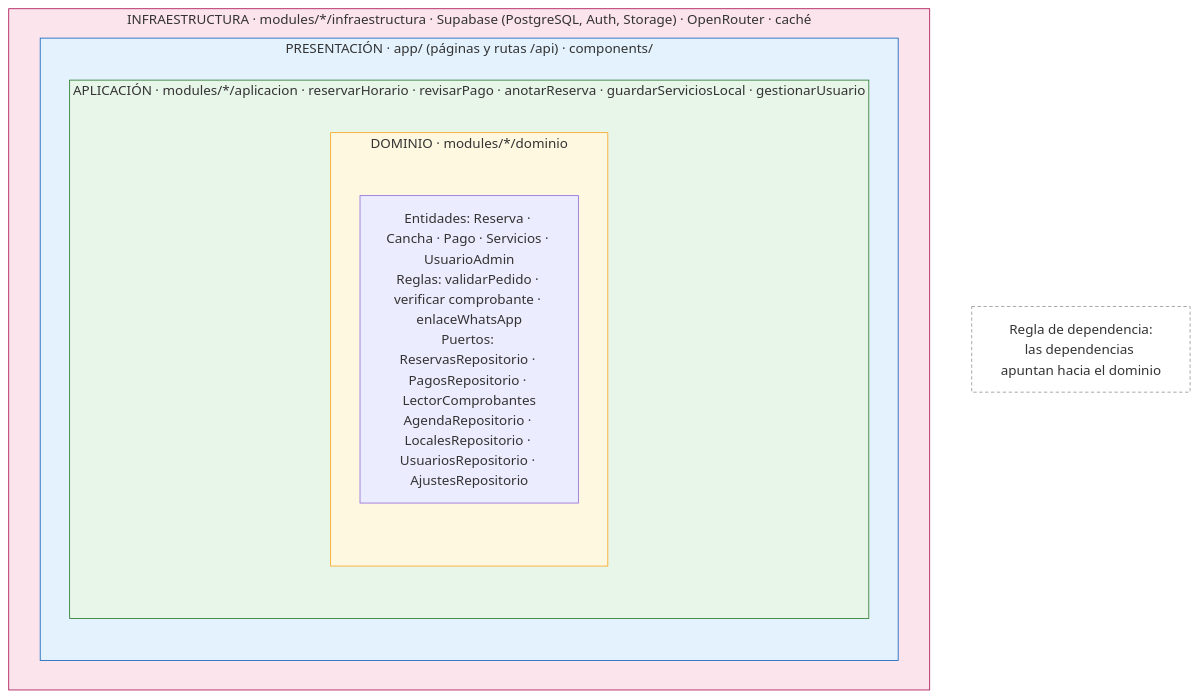
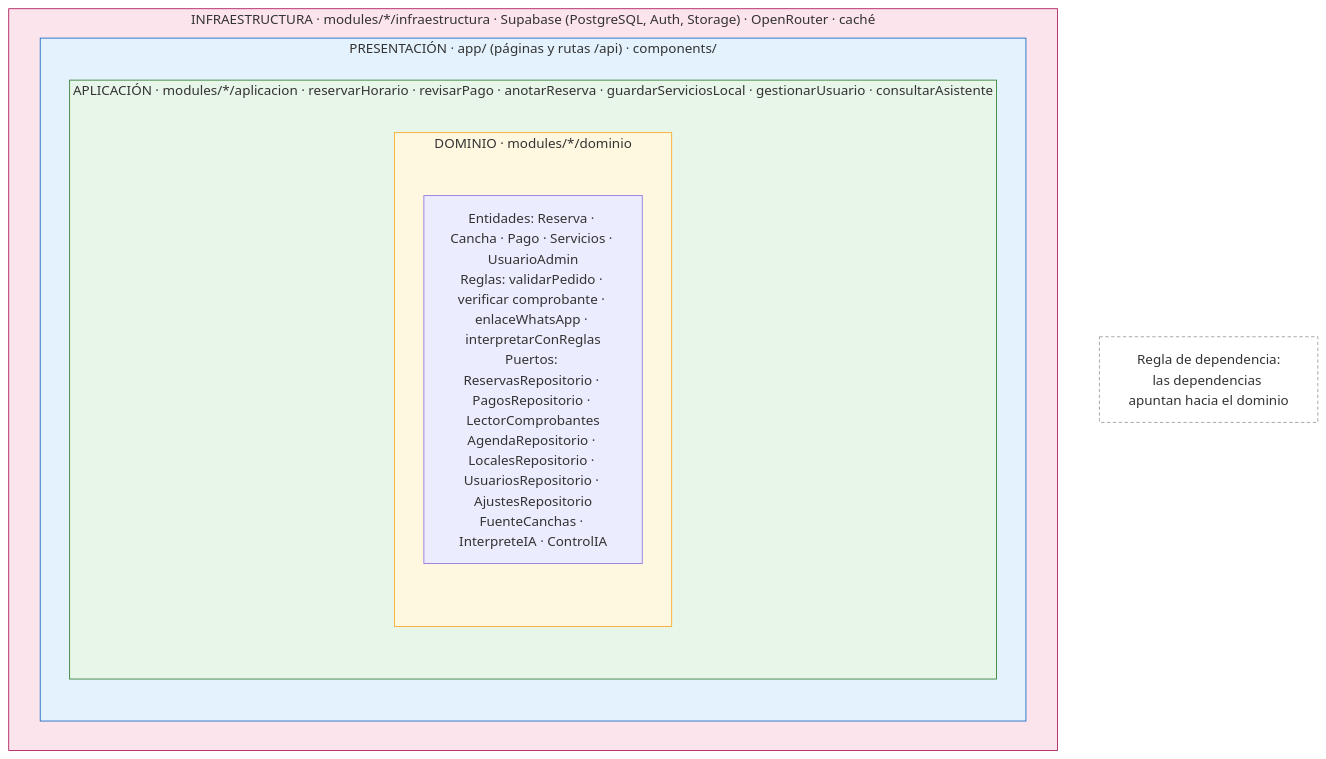
The diagram in img/fuentes-svg/ArquitecturalimpiadeReservaYaWeb.mmd (edhtsprado27-bit/ReservaYa-Ayacucho), drawn with Mermaid before and after one commit. The commit also changed 33 other files, not shown here.

Commit message:
docs: spec 013, ADR-015 y documentos y diagramas actualizados con el asistente

```diff
--- a/img/fuentes-svg/ArquitecturalimpiadeReservaYaWeb.mmd
+++ b/img/fuentes-svg/ArquitecturalimpiadeReservaYaWeb.mmd
@@ -1,17 +1,17 @@
 flowchart TB
     subgraph infra["INFRAESTRUCTURA · modules/*/infraestructura · Supabase (PostgreSQL, Auth, Storage) · OpenRouter · caché"]
         subgraph pres["PRESENTACIÓN · app/ (páginas y rutas /api) · components/"]
-            subgraph app["APLICACIÓN · modules/*/aplicacion · reservarHorario · revisarPago · anotarReserva · guardarServiciosLocal · gestionarUsuario"]
+            subgraph app["APLICACIÓN · modules/*/aplicacion · reservarHorario · revisarPago · anotarReserva · guardarServiciosLocal · gestionarUsuario · consultarAsistente"]
                 subgraph dom["DOMINIO · modules/*/dominio"]
-                    d["Entidades: Reserva · Cancha · Pago · Servicios · UsuarioAdmin<br/>Reglas: validarPedido · verificar comprobante · enlaceWhatsApp<br/>Puertos: ReservasRepositorio · PagosRepositorio · LectorComprobantes<br/>AgendaRepositorio · LocalesRepositorio · UsuariosRepositorio · AjustesRepositorio"]
+                    d["Entidades: Reserva · Cancha · Pago · Servicios · UsuarioAdmin<br/>Reglas: validarPedido · verificar comprobante · enlaceWhatsApp · interpretarConReglas<br/>Puertos: ReservasRepositorio · PagosRepositorio · LectorComprobantes<br/>AgendaRepositorio · LocalesRepositorio · UsuariosRepositorio · AjustesRepositorio<br/>FuenteCanchas · InterpreteIA · ControlIA"]
                 end
             end
         end
     end
     regla["Regla de dependencia:<br/>las dependencias apuntan hacia el dominio"]
 
     style infra fill:#fce4ec,stroke:#ad1457
     style pres fill:#e3f2fd,stroke:#1565c0
     style app fill:#e8f5e9,stroke:#2e7d32
     style dom fill:#fff8e1,stroke:#f9a825
     style regla fill:#fff,stroke:#999,stroke-dasharray:4 3
```
